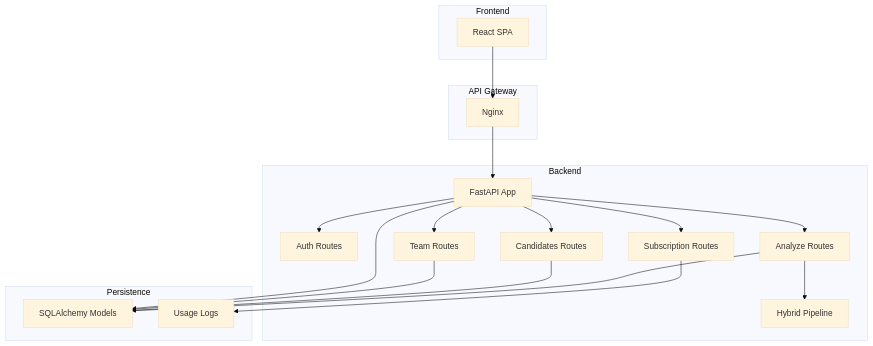
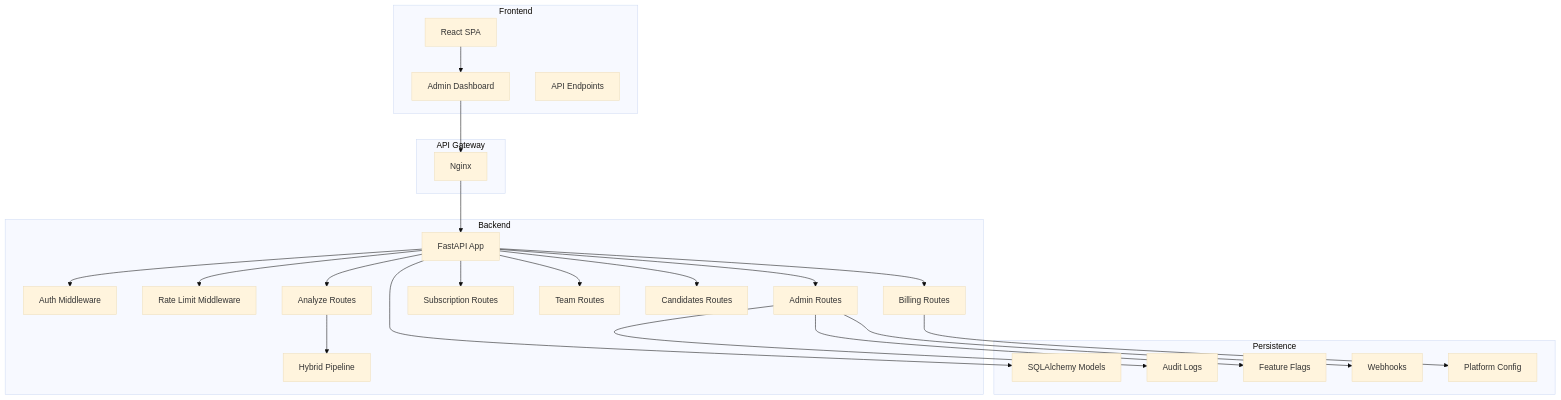
One commit to Revanththetalogics/aireume changed the first of 10 diagrams in .qoder/repowiki/en/content/Multi-Tenant System/Multi-Tenant System.md. Above: the diagram before and after it, drawn with Mermaid (base theme). The commit also changed other lines of this file and 10 other files, not shown here.

````diff
--- a/.qoder/repowiki/en/content/Multi-Tenant System/Multi-Tenant System.md
+++ b/.qoder/repowiki/en/content/Multi-Tenant System/Multi-Tenant System.md
@@ -43,34 +71,45 @@
 ```mermaid
 graph TB
 subgraph "Frontend"
 FE["React SPA"]
+ADMIN["Admin Dashboard"]
+ENDPOINTS["API Endpoints"]
 end
 subgraph "API Gateway"
 NGINX["Nginx"]
 end
 subgraph "Backend"
 APP["FastAPI App"]
-AUTH["Auth Routes"]
+AUTH["Auth Middleware"]
+RATELIMIT["Rate Limit Middleware"]
+ADMINROUTE["Admin Routes"]
+BILLING["Billing Routes"]
 SUB["Subscription Routes"]
 TEAM["Team Routes"]
 CAND["Candidates Routes"]
 ANA["Analyze Routes"]
 PIPE["Hybrid Pipeline"]
 end
 subgraph "Persistence"
 DB["SQLAlchemy Models"]
-ULOG["Usage Logs"]
+AUDIT["Audit Logs"]
+FEATURE["Feature Flags"]
+WEBHOOK["Webhooks"]
+PLATFORM["Platform Config"]
 end
-FE --> NGINX --> APP
+FE --> ADMIN --> NGINX --> APP
 APP --> AUTH
+APP --> RATELIMIT
+APP --> ADMINROUTE
+APP --> BILLING
 APP --> SUB
 APP --> TEAM
 APP --> CAND
 APP --> ANA
 ANA --> PIPE
 APP --> DB
-SUB --> ULOG
-TEAM --> DB
-CAND --> DB
-ANA --> DB
+ADMINROUTE --> AUDIT
+ADMINROUTE --> FEATURE
+ADMINROUTE --> WEBHOOK
+BILLING --> PLATFORM
 ```
````
